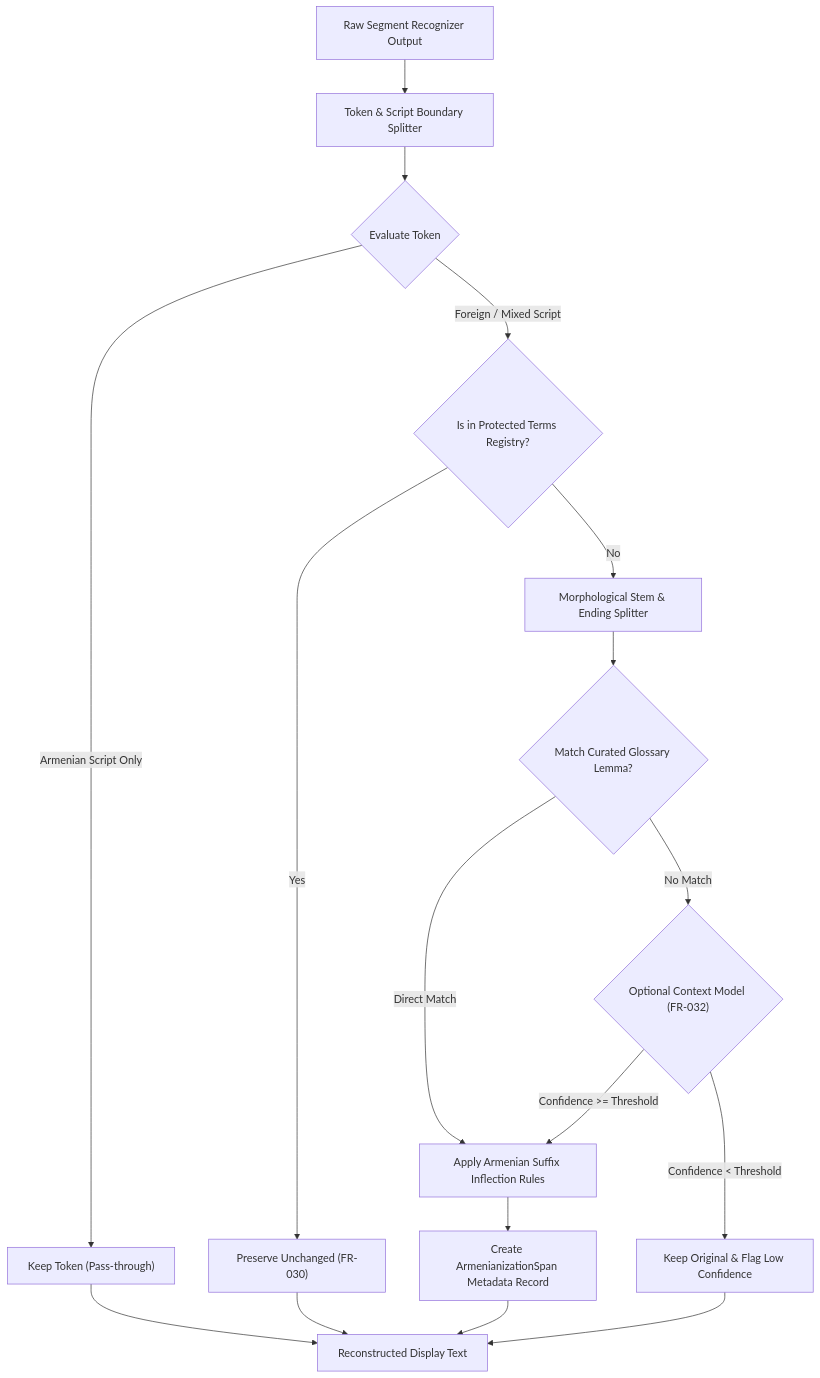
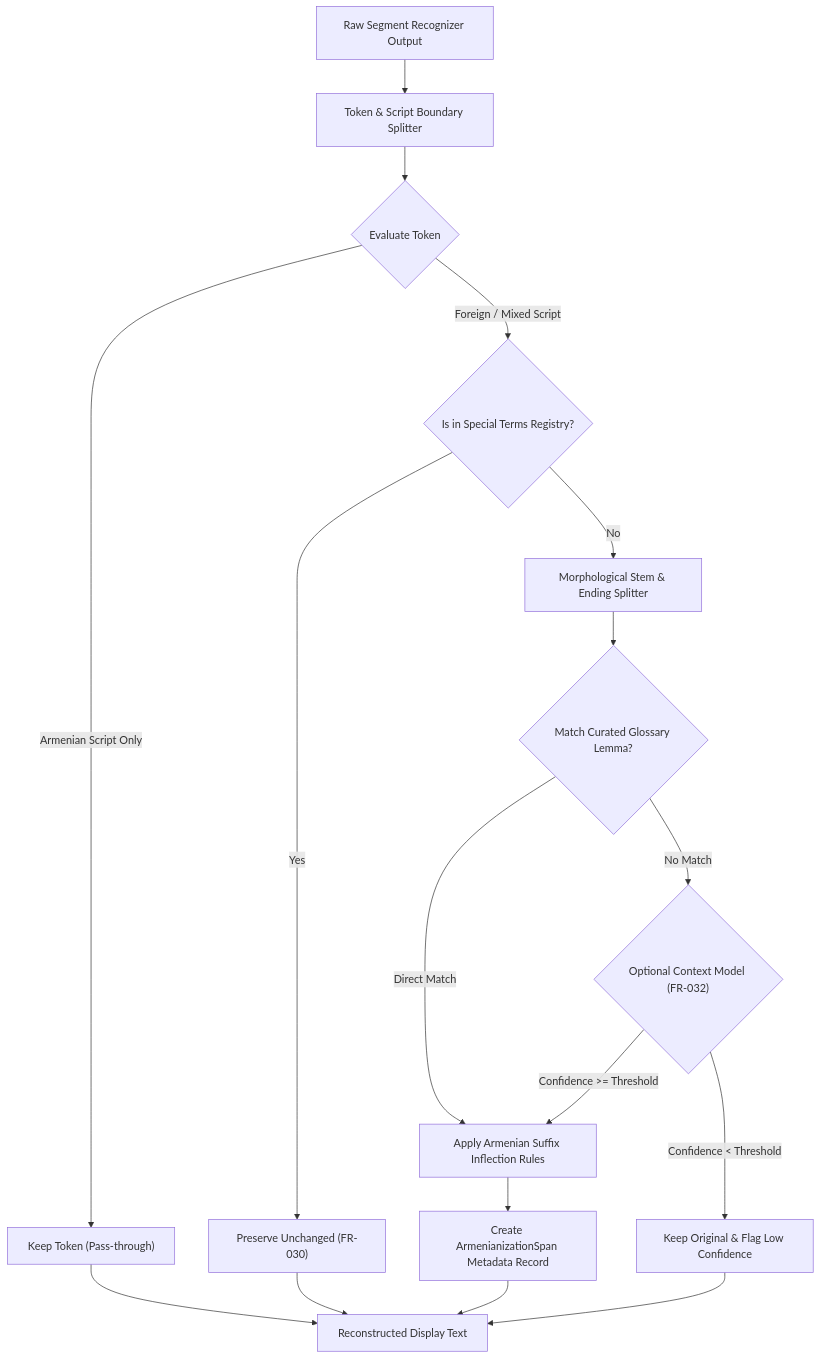
The fourth of 6 diagrams in technical-document.md (mariamhovhannisyan0/BarBar), drawn with Mermaid before and after one commit. The commit also changed other lines of this file and 63 other files, not shown here.

````diff
--- a/technical-document.md
+++ b/technical-document.md
@@ -654,24 +654,24 @@
 ```mermaid
 flowchart TD
     RawInput["Raw Segment Recognizer Output"] --> Tokenizer["Token & Script Boundary Splitter"]
     Tokenizer --> TokenLoop{"Evaluate Token"}
     
     TokenLoop -->|Armenian Script Only| PassThrough["Keep Token (Pass-through)"]
-    TokenLoop -->|Foreign / Mixed Script| ProtectedCheck{"Is in Protected Terms Registry?"}
+    TokenLoop -->|Foreign / Mixed Script| SpecialCheck{"Is in Special Terms Registry?"}
     
-    ProtectedCheck -->|Yes| ProtectedPreserve["Preserve Unchanged (FR-030)"]
-    ProtectedCheck -->|No| MorphSplit["Morphological Stem & Ending Splitter"]
+    SpecialCheck -->|Yes| SpecialPreserve["Preserve Unchanged (FR-030)"]
+    SpecialCheck -->|No| MorphSplit["Morphological Stem & Ending Splitter"]
     
     MorphSplit --> DictLookup{"Match Curated Glossary Lemma?"}
     DictLookup -->|Direct Match| Inflect["Apply Armenian Suffix Inflection Rules"]
     DictLookup -->|No Match| ContextModel{"Optional Context Model (FR-032)"}
     
     ContextModel -->|Confidence >= Threshold| Inflect
     ContextModel -->|Confidence < Threshold| FlagLowConf["Keep Original & Flag Low Confidence"]
     
     Inflect --> SpanRecord["Create ArmenianizationSpan Metadata Record"]
     SpanRecord --> ReconstructedText["Reconstructed Display Text"]
-    ProtectedPreserve --> ReconstructedText
+    SpecialPreserve --> ReconstructedText
     PassThrough --> ReconstructedText
     FlagLowConf --> ReconstructedText
 ```
````
